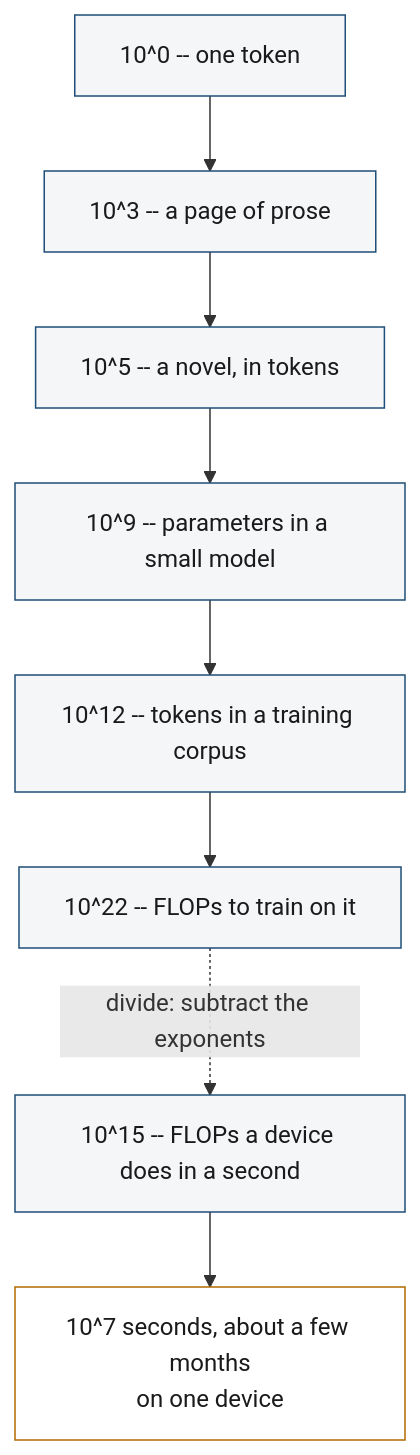
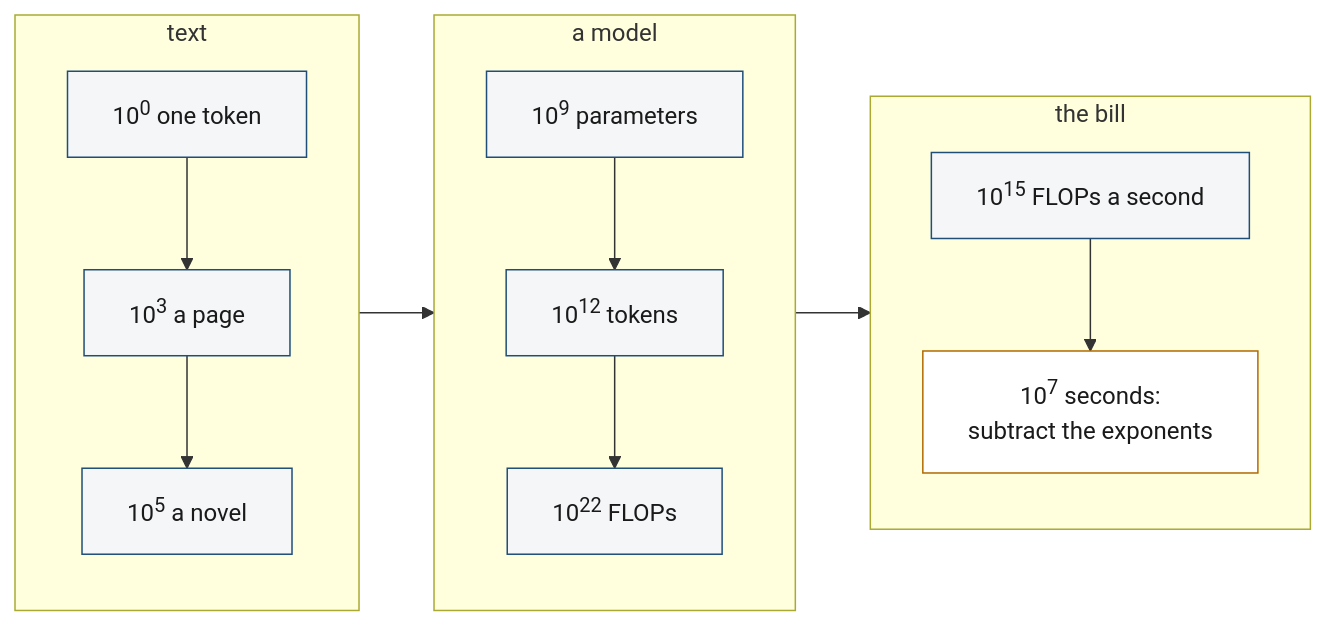
Before and after one commit to konradcinkusz/math-for-ai-engineers: the diagram in figures/mermaid/en/f01-magnitudes.mmd, drawn with Mermaid. The commit also changed 24 other files, not shown here.

```diff
--- a/figures/mermaid/en/f01-magnitudes.mmd
+++ b/figures/mermaid/en/f01-magnitudes.mmd
@@ -1,15 +1,17 @@
-flowchart TB
+flowchart LR
   classDef tick fill:#F4F6F8,stroke:#1F4E79,color:#1a1a1a
   classDef note fill:#FFFFFF,stroke:#B26A00,color:#1a1a1a
 
-  a["10^0 -- one token"]:::tick
-  b["10^3 -- a page of prose"]:::tick
-  c["10^5 -- a novel, in tokens"]:::tick
-  d["10^9 -- parameters in a small model"]:::tick
-  e["10^12 -- tokens in a training corpus"]:::tick
-  f["10^22 -- FLOPs to train on it"]:::tick
-  g["10^15 -- FLOPs a device does in a second"]:::tick
-
-  a --> b --> c --> d --> e --> f
-  f -.->|"divide: subtract the exponents"| g
-  g --> h["10^7 seconds, about a few months<br/>on one device"]:::note
+  subgraph s1["text"]
+    direction TB
+    a["10<sup>0</sup> one token"]:::tick --> b["10<sup>3</sup> a page"]:::tick --> c["10<sup>5</sup> a novel"]:::tick
+  end
+  subgraph s2["a model"]
+    direction TB
+    d["10<sup>9</sup> parameters"]:::tick --> e["10<sup>12</sup> tokens"]:::tick --> f["10<sup>22</sup> FLOPs"]:::tick
+  end
+  subgraph s3["the bill"]
+    direction TB
+    g["10<sup>15</sup> FLOPs a second"]:::tick --> h["10<sup>7</sup> seconds:<br/>subtract the exponents"]:::note
+  end
+  s1 --> s2 --> s3
```
